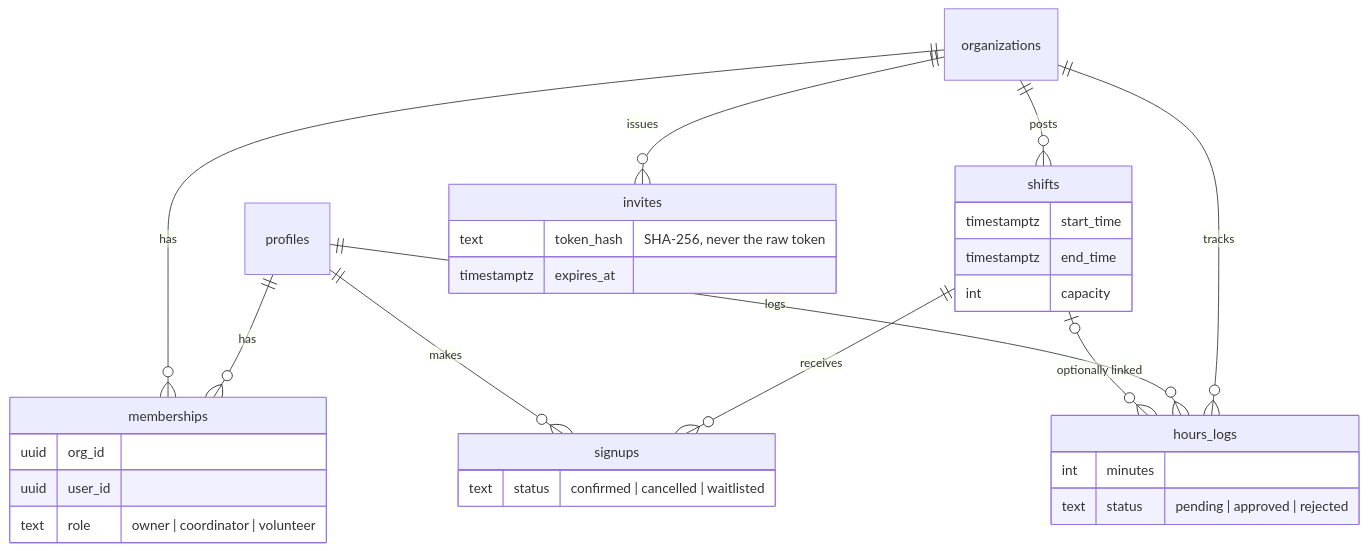
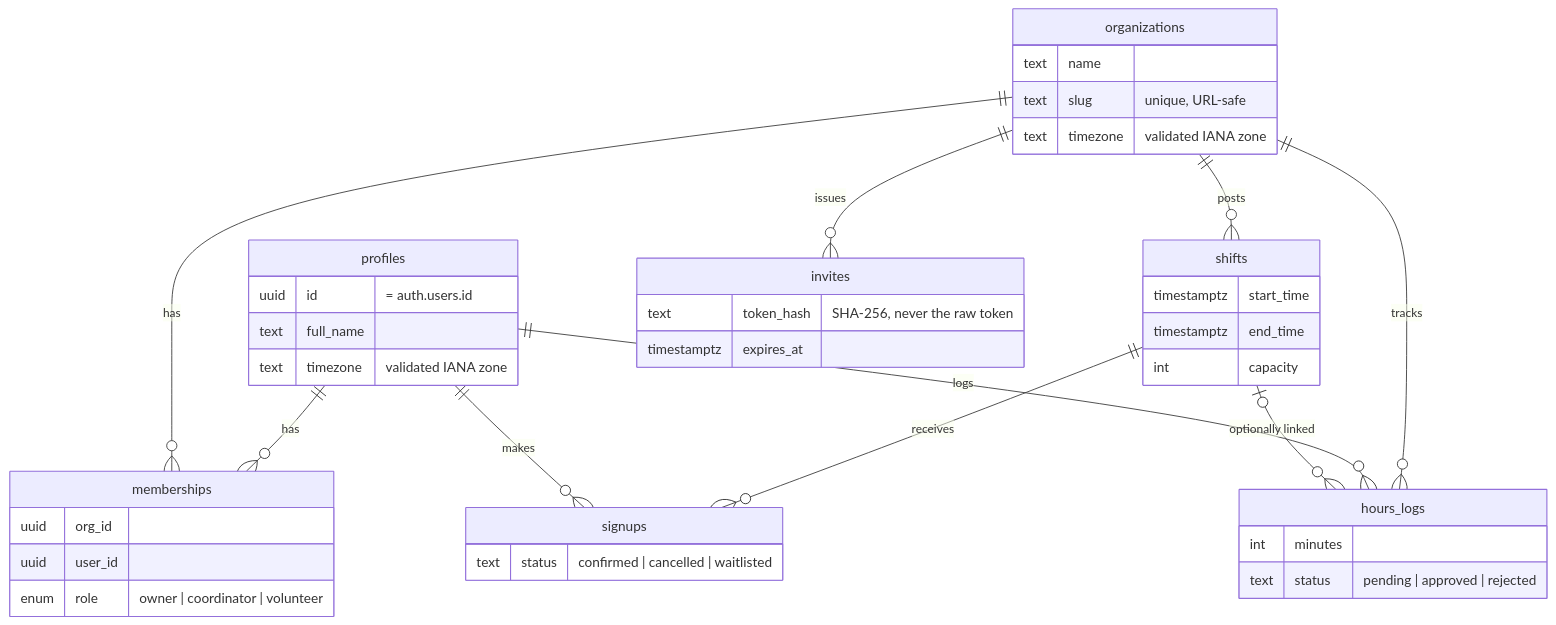
Before and after one commit to JeffHenry/showing-up: the second of 3 diagrams in README.md, drawn with Mermaid. The commit also changed other lines of this file and 15 other files, not shown here.

First line of the commit message:
feat(db): multi-tenant core schema with RLS and pgTAP tests (Phase 0.4a) (#7)

````diff
--- a/README.md
+++ b/README.md
@@ -87,34 +92,44 @@
 ```mermaid
 erDiagram
   profiles ||--o{ memberships : has
   organizations ||--o{ memberships : has
   organizations ||--o{ shifts : posts
   organizations ||--o{ invites : issues
   organizations ||--o{ hours_logs : tracks
   shifts ||--o{ signups : receives
   profiles ||--o{ signups : makes
   profiles ||--o{ hours_logs : logs
   shifts |o--o{ hours_logs : "optionally linked"
 
+  profiles {
+    uuid id "= auth.users.id"
+    text full_name
+    text timezone "validated IANA zone"
+  }
+  organizations {
+    text name
+    text slug "unique, URL-safe"
+    text timezone "validated IANA zone"
+  }
   memberships {
     uuid org_id
     uuid user_id
-    text role "owner | coordinator | volunteer"
+    enum role "owner | coordinator | volunteer"
   }
   shifts {
     timestamptz start_time
     timestamptz end_time
     int capacity
   }
   signups {
     text status "confirmed | cancelled | waitlisted"
   }
   hours_logs {
     int minutes
     text status "pending | approved | rejected"
   }
   invites {
     text token_hash "SHA-256, never the raw token"
     timestamptz expires_at
   }
 ```
````
